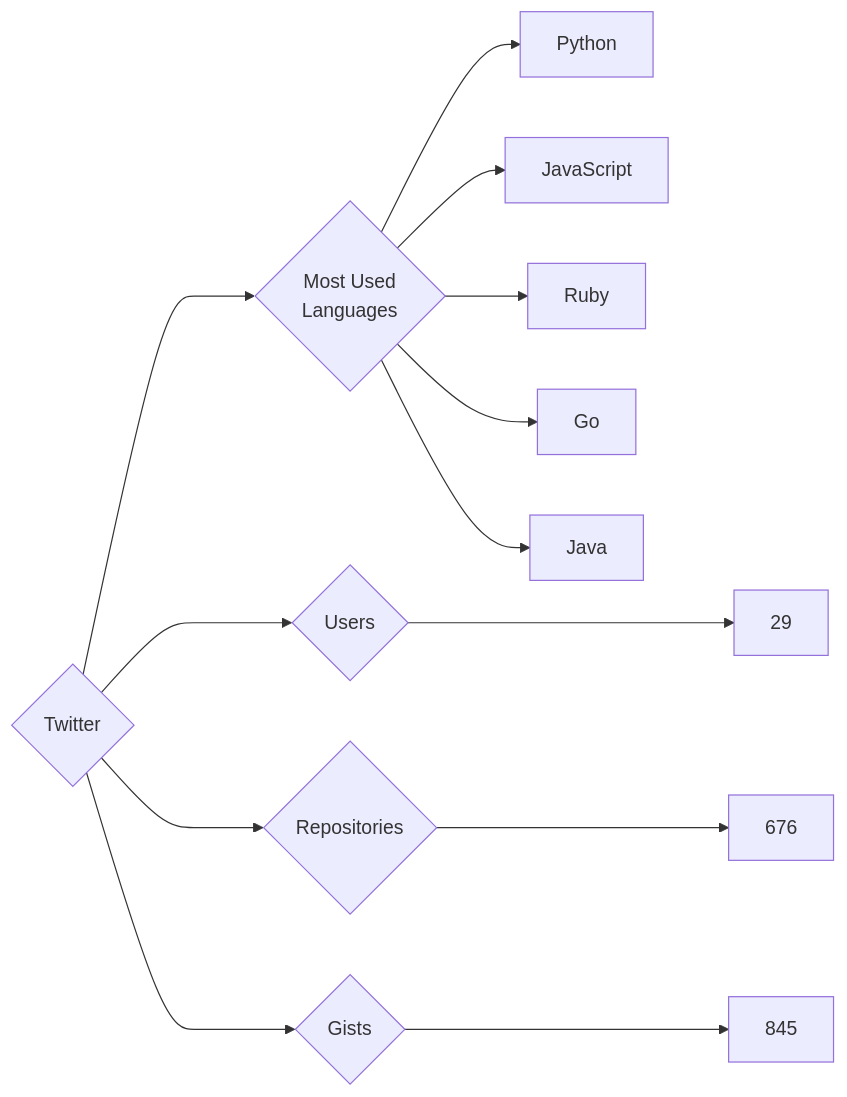
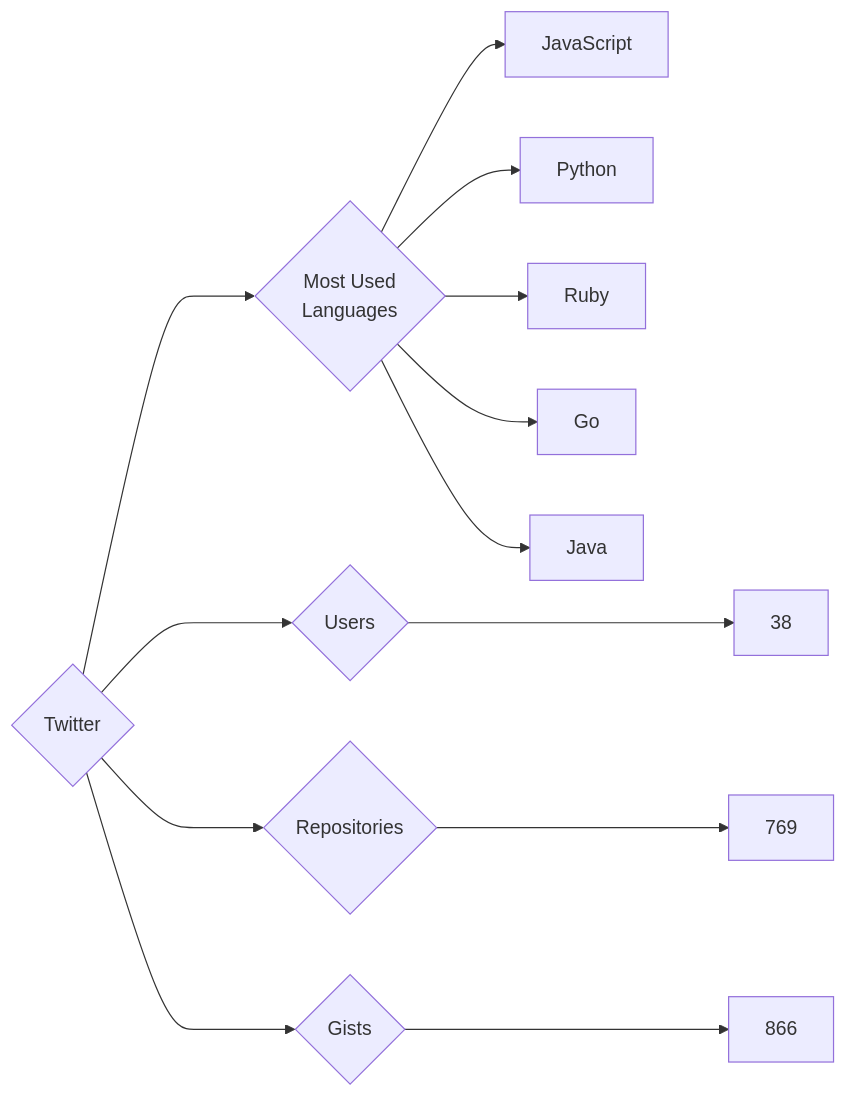
One commit to trickest/insiders changed the diagram in targets/Twitter/README.md. Above: the diagram before and after it, drawn with Mermaid. The commit also changed 773 other files, not shown here.

````diff
--- a/targets/Twitter/README.md
+++ b/targets/Twitter/README.md
@@ -3,13 +3,13 @@
 ```mermaid
 graph LR
 COMPANY_NAME{Twitter}
-COMPANY_NAME ---> U{Users} ---> UN[29]
-COMPANY_NAME ---> R{Repositories} ---> RN[676]
-COMPANY_NAME ---> G{Gists} ---> GN[845]
+COMPANY_NAME ---> U{Users} ---> UN[38]
+COMPANY_NAME ---> R{Repositories} ---> RN[769]
+COMPANY_NAME ---> G{Gists} ---> GN[866]
 COMPANY_NAME ---> ML{Most Used<br>Languages}
+ML --> JavaScript[JavaScript]
 ML --> Python[Python]
-ML --> JavaScript[JavaScript]
 ML --> Ruby[Ruby]
 ML --> Go[Go]
 ML --> Java[Java]
 ```
````
